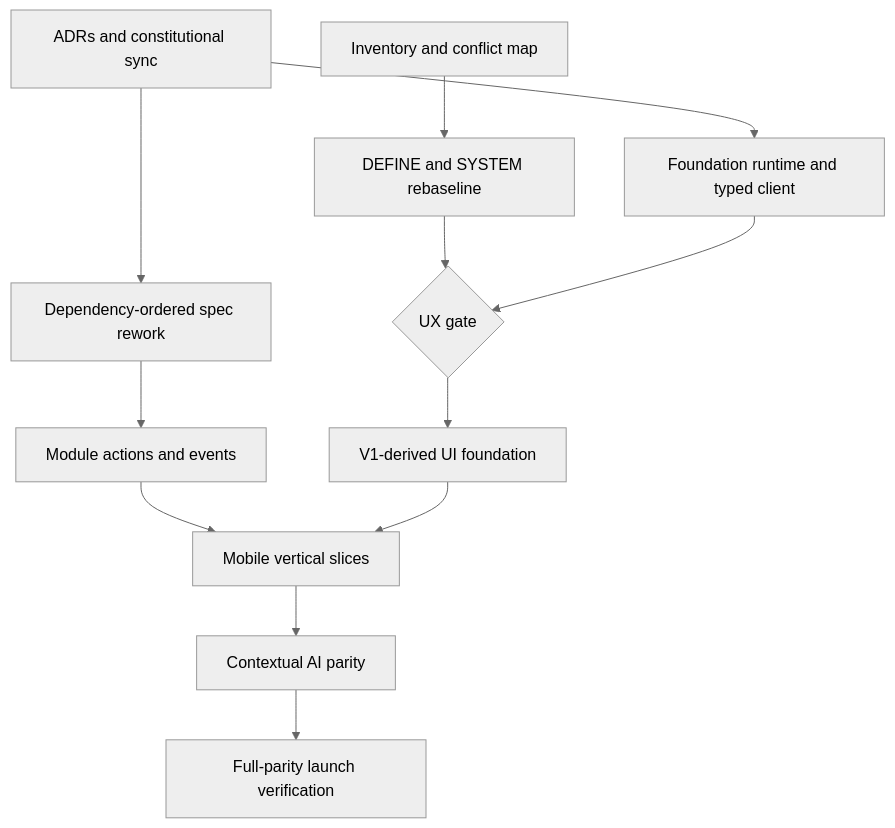
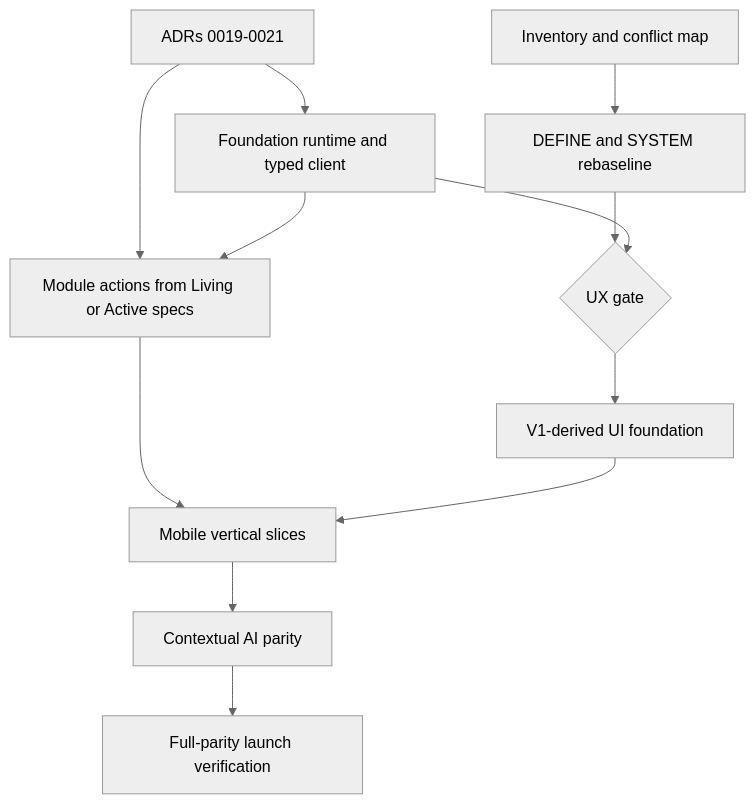
The diagram in docs/plans/v1-mobile-ux-migration.md (KurbatovIvann/showzy-v2), drawn with Mermaid (neutral theme) before and after one commit. The commit also changed other lines of this file and 72 other files, not shown here.

First line of the commit message:
docs: treat unimplemented specs as living

````diff
--- a/docs/plans/v1-mobile-ux-migration.md
+++ b/docs/plans/v1-mobile-ux-migration.md
@@ -31,14 +32,14 @@
 ```mermaid
 flowchart TD
-  Decisions["ADRs and constitutional sync"] --> Foundation["Foundation runtime and typed client"]
-  Decisions --> Specs["Dependency-ordered spec rework"]
+  Decisions["ADRs 0019-0021"] --> Foundation["Foundation runtime and typed client"]
+  Decisions --> Backend["Module actions from Living or Active specs"]
   Inventory["Inventory and conflict map"] --> UX["DEFINE and SYSTEM rebaseline"]
-  Specs --> Backend["Module actions and events"]
+  Foundation --> Backend
   UX --> Gate{"UX gate"}
   Foundation --> Gate
   Gate --> UIFoundation["V1-derived UI foundation"]
   Backend --> VerticalSlices["Mobile vertical slices"]
   UIFoundation --> VerticalSlices
   VerticalSlices --> AI["Contextual AI parity"]
   AI --> Launch["Full-parity launch verification"]
 ```
````
